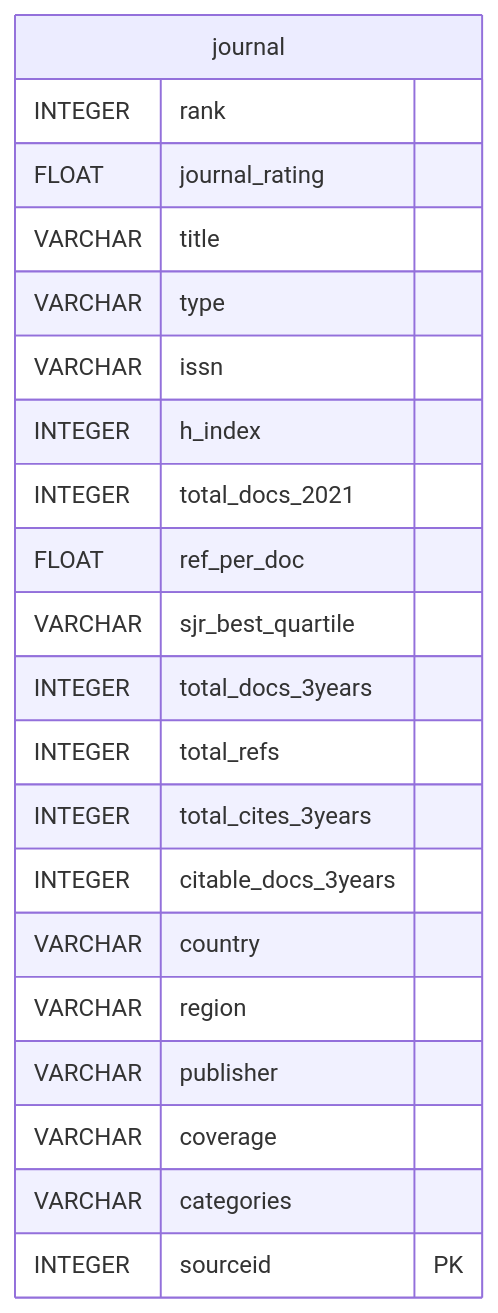
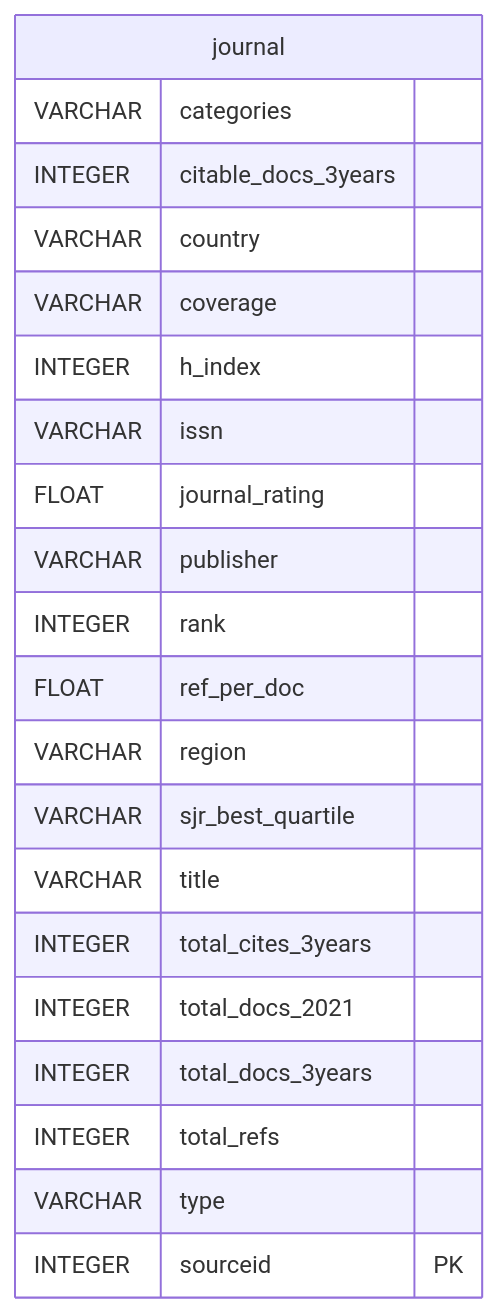
The diagram in _sources/dataset-pages/scimago_journals.md (sscu-budapest/explorer), drawn with Mermaid before and after one commit. The commit also changed other lines of this file and 12 other files, not shown here.

````diff
--- a/_sources/dataset-pages/scimago_journals.md
+++ b/_sources/dataset-pages/scimago_journals.md
@@ -8,24 +8,24 @@
 ```{mermaid}
 erDiagram
   journal {    
+    VARCHAR categories      
+    INTEGER citable_docs_3years      
+    VARCHAR country      
+    VARCHAR coverage      
+    INTEGER h_index      
+    VARCHAR issn      
+    FLOAT journal_rating      
+    VARCHAR publisher      
     INTEGER rank      
-    FLOAT journal_rating      
+    FLOAT ref_per_doc      
+    VARCHAR region      
+    VARCHAR sjr_best_quartile      
     VARCHAR title      
-    VARCHAR type      
-    VARCHAR issn      
-    INTEGER h_index      
+    INTEGER total_cites_3years      
     INTEGER total_docs_2021      
-    FLOAT ref_per_doc      
-    VARCHAR sjr_best_quartile      
     INTEGER total_docs_3years      
     INTEGER total_refs      
-    INTEGER total_cites_3years      
-    INTEGER citable_docs_3years      
-    VARCHAR country      
-    VARCHAR region      
-    VARCHAR publisher      
-    VARCHAR coverage      
-    VARCHAR categories      
+    VARCHAR type      
     INTEGER sourceid PK 
   }
 ```
````
